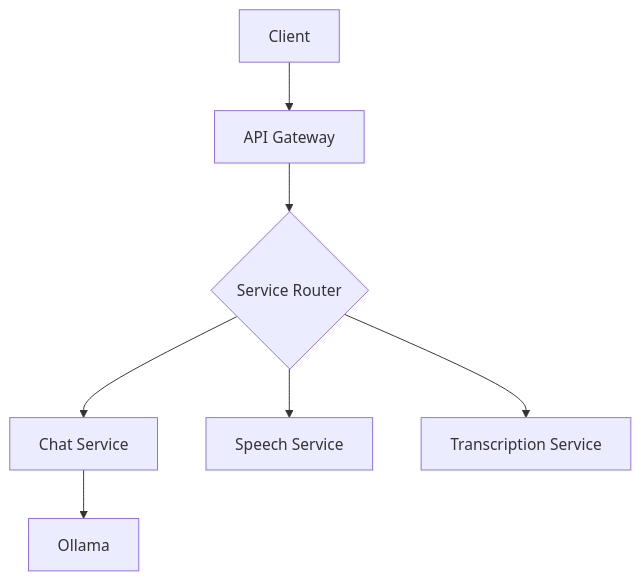
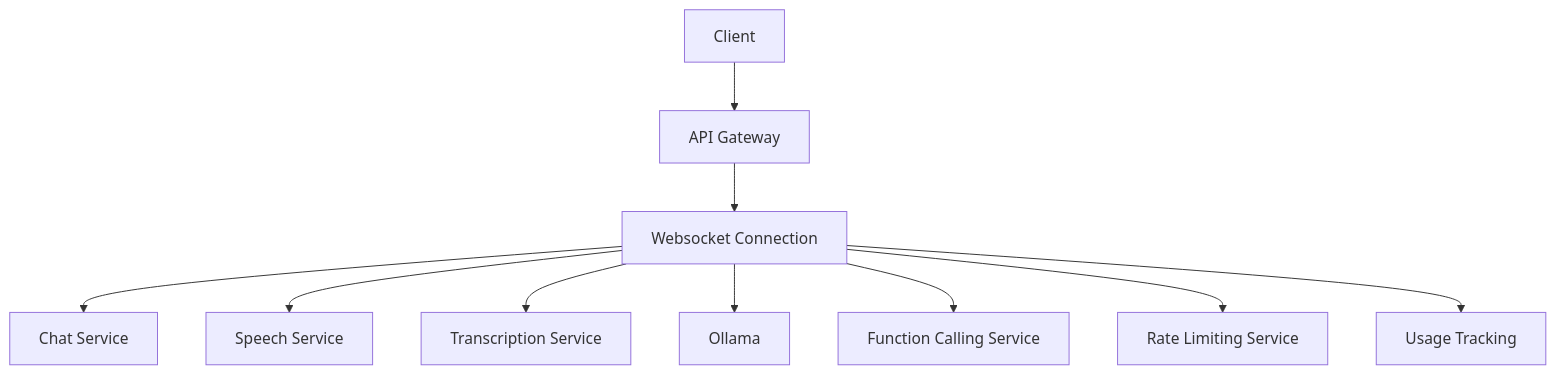
One commit to fofsinx/echoOLlama changed the diagram in README.md. Above: the diagram before and after it, drawn with Mermaid. The commit also changed other lines of this file and 30 other files, not shown here.

````diff
--- a/README.md
+++ b/README.md
@@ -30,9 +35,11 @@
 ```mermaid
 graph TD
-    A[Client] --> B[API Gateway]
-    B --> C{Service Router}
+    A[Client] --> B[API Gateway] --> C[Websocket Connection] 
     C --> D[Chat Service]
     C --> E[Speech Service]
     C --> F[Transcription Service]
-    D --> H[Ollama]
+    C --> G[Ollama]
+    C --> H[Function Calling Service]
+    C --> I[Rate Limiting Service]
+    C --> J[Usage Tracking]
 ```
````
